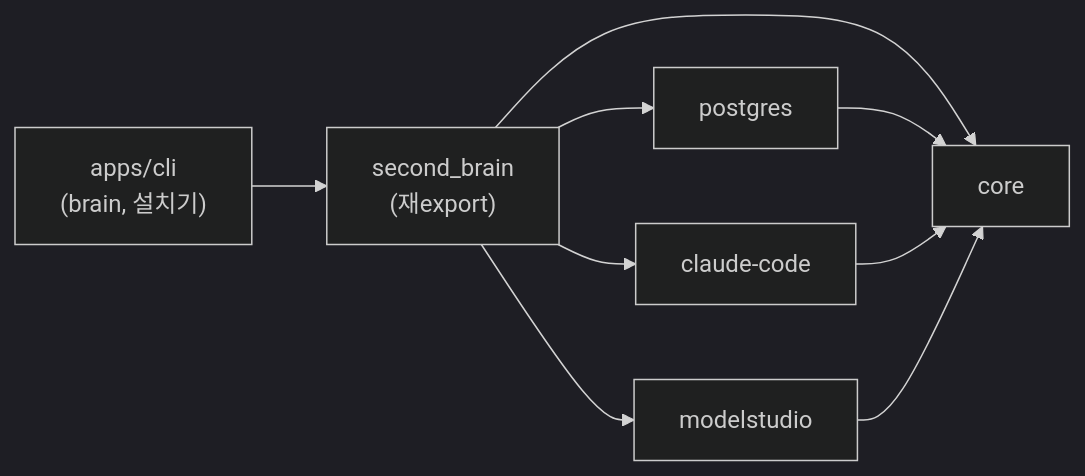
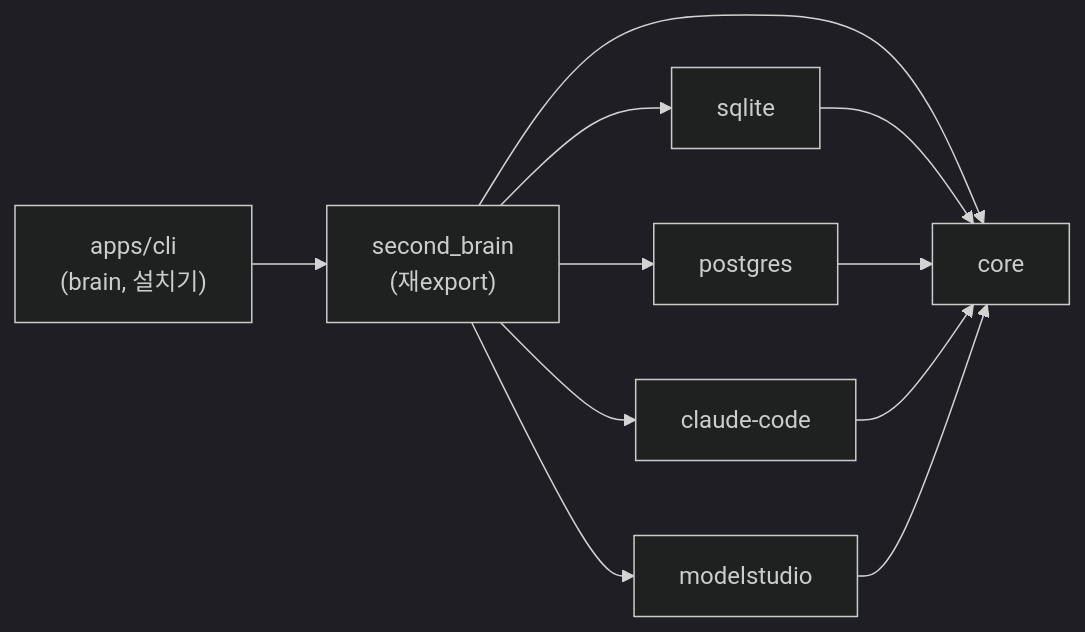
Before and after one commit to gmae199boy/second-brain: the first of 4 diagrams in _bmad-output/personal-brain/architecture-brain-v1-slice-1/architecture-brain-v1-slice-1.md, drawn with Mermaid (dark theme). The commit also changed other lines of this file and 8 other files, not shown here.

````diff
--- a/_bmad-output/personal-brain/architecture-brain-v1-slice-1/architecture-brain-v1-slice-1.md
+++ b/_bmad-output/personal-brain/architecture-brain-v1-slice-1/architecture-brain-v1-slice-1.md
@@ -32,11 +32,13 @@
 ```mermaid
 flowchart LR
   cli["apps/cli<br/>(brain, 설치기)"] --> sb["second_brain<br/>(재export)"]
   sb --> core["core"]
+  sb --> sq["sqlite"]
   sb --> pg["postgres"]
   sb --> cc["claude-code"]
   sb --> ms["modelstudio"]
+  sq --> core
   pg --> core
   cc --> core
   ms --> core
 ```
````
